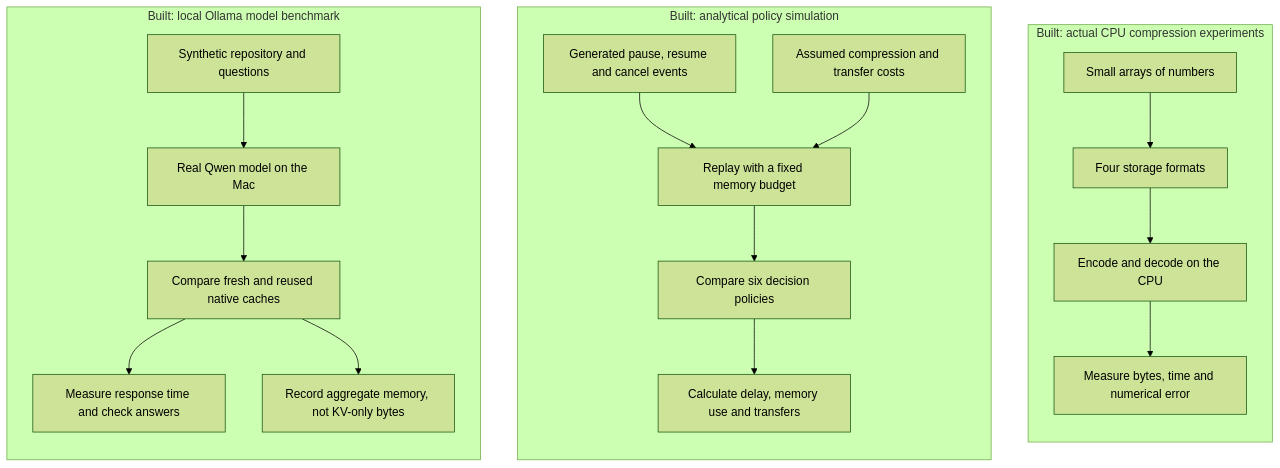
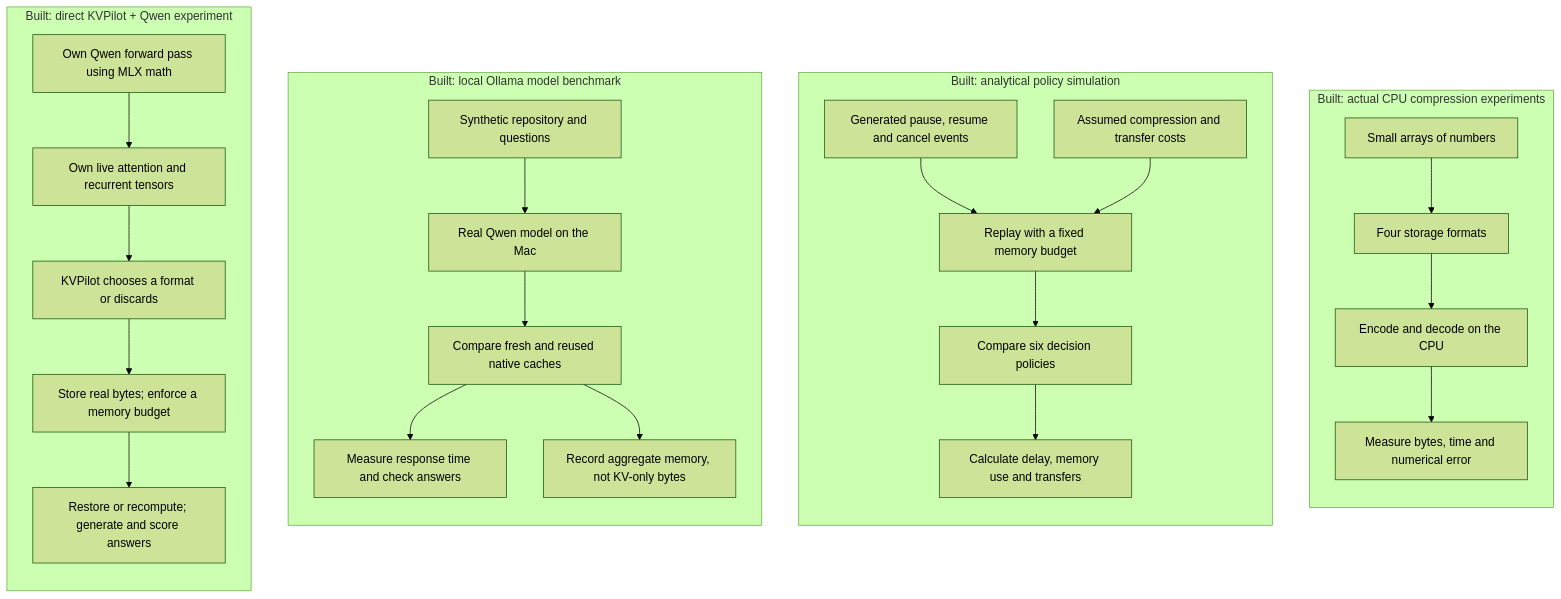
The second of 5 diagrams in README.md (Harshelite2503/kvpilot), drawn with Mermaid (forest theme) before and after one commit. The commit also changed other lines of this file and 41 other files, not shown here.

Commit message:
Add owned Qwen state runner and measured local cache-policy comparison

````diff
--- a/README.md
+++ b/README.md
@@ -39,23 +39,30 @@
 ```mermaid
 flowchart TB
     subgraph CPU["Built: actual CPU compression experiments"]
         direction TB
         A["Small arrays of numbers"] --> B["Four storage formats"]
         B --> C["Encode and decode on the CPU"]
         C --> D["Measure bytes, time and numerical error"]
     end
     subgraph SIM["Built: analytical policy simulation"]
         direction TB
         E["Generated pause, resume and cancel events"] --> G["Replay with a fixed memory budget"]
         F["Assumed compression and transfer costs"] --> G
         G --> H["Compare six decision policies"]
         H --> I["Calculate delay, memory use and transfers"]
     end
     subgraph LOCAL["Built: local Ollama model benchmark"]
         direction TB
         J["Synthetic repository and questions"] --> K["Real Qwen model on the Mac"]
         K --> L["Compare fresh and reused native caches"]
         L --> M["Measure response time and check answers"]
         L --> N["Record aggregate memory, not KV-only bytes"]
     end
+    subgraph OWNED["Built: direct KVPilot + Qwen experiment"]
+        direction TB
+        O["Own Qwen forward pass using MLX math"] --> P["Own live attention and recurrent tensors"]
+        P --> Q["KVPilot chooses a format or discards"]
+        Q --> R["Store real bytes; enforce a memory budget"]
+        R --> S["Restore or recompute; generate and score answers"]
+    end
 ```
````
